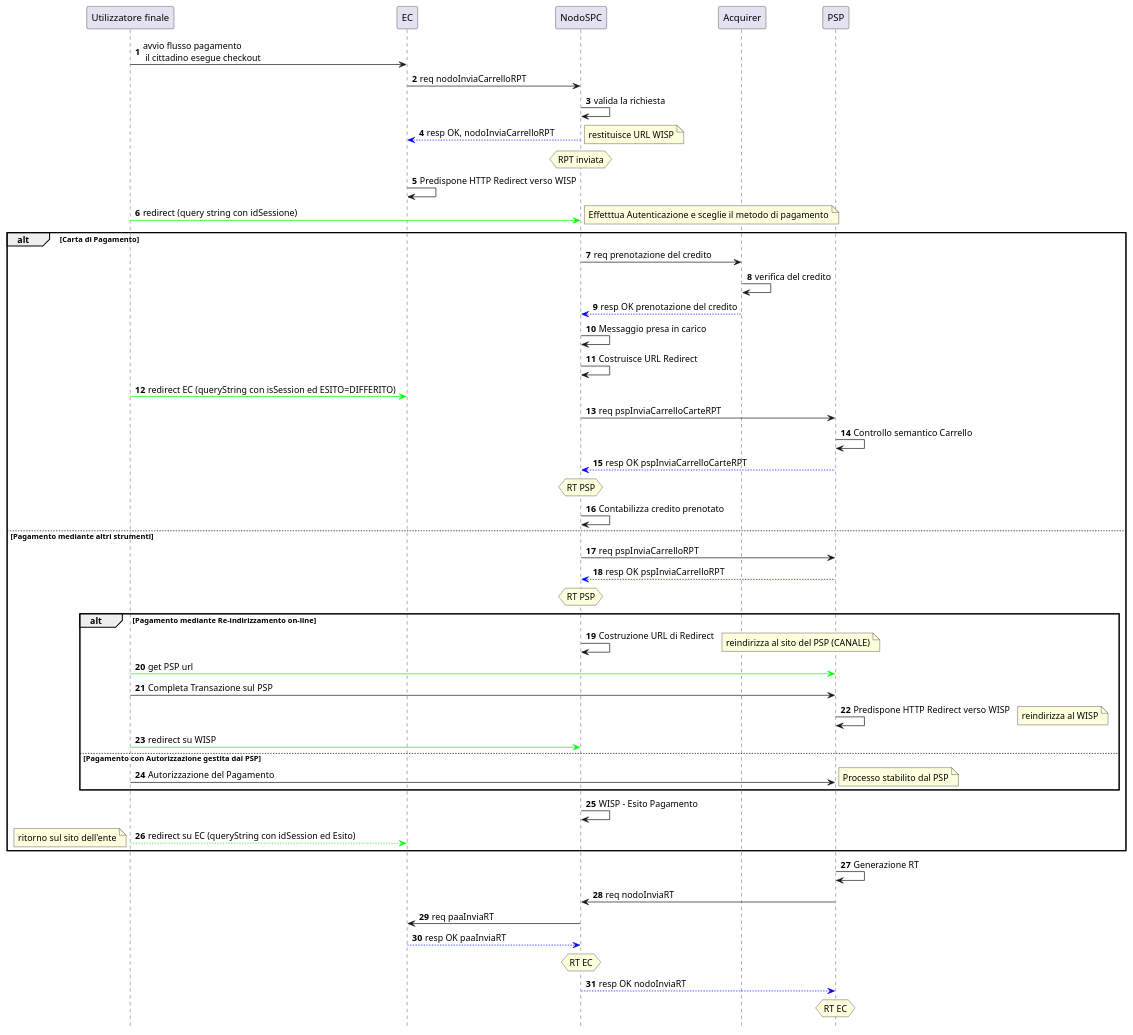
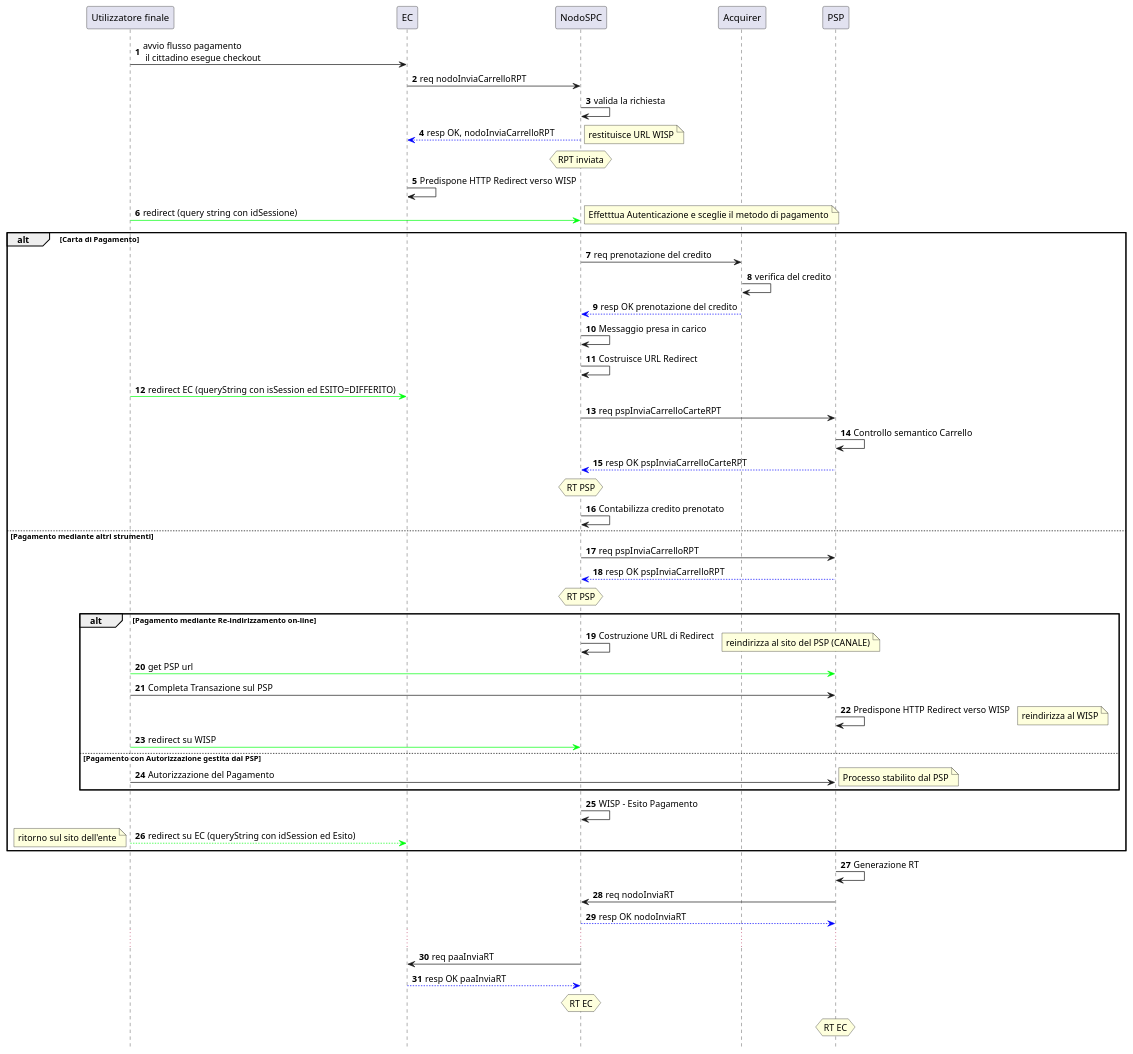
One commit to pagopa-archive/pagopa-specifichepagamenti-docs changed the diagram in puml-diagrams/sd_pagamento_presso_ec.puml. Above: the diagram before and after it, drawn with PlantUML. The commit also changed 120 other files, not shown here.

```diff
--- a/puml-diagrams/sd_pagamento_presso_ec.puml
+++ b/puml-diagrams/sd_pagamento_presso_ec.puml
@@ -1,79 +1,81 @@
 @startuml
 hide footbox
 autonumber
 
 participant Cittadino as "Utilizzatore finale"
 participant EC
 participant NodoSPC
 participant Acquirer
 participant PSP
 
 
 Cittadino -> EC: avvio flusso pagamento\n il cittadino esegue checkout 
 EC -> NodoSPC: req nodoInviaCarrelloRPT
 
 
 NodoSPC -> NodoSPC: valida la richiesta
 
 
 NodoSPC -[#0000FF]-> EC: resp OK, nodoInviaCarrelloRPT
 hnote over NodoSPC : RPT inviata
 note right: restituisce URL WISP 
 EC->EC: Predispone HTTP Redirect verso WISP
 Cittadino [#00FF0F]-> NodoSPC: redirect (query string con idSessione)
 note right: Effetttua Autenticazione e sceglie il metodo di pagamento
 
 
 alt  Carta di Pagamento
 NodoSPC-> Acquirer : req prenotazione del credito
 Acquirer -> Acquirer : verifica del credito
 Acquirer  -[#0000FF]-> NodoSPC : resp OK prenotazione del credito
 NodoSPC ->NodoSPC: Messaggio presa in carico
 
 NodoSPC ->NodoSPC: Costruisce URL Redirect
 Cittadino [#00FF0F]-> EC: redirect EC (queryString con isSession ed ESITO=DIFFERITO)
 
 
 
 
 NodoSPC -> PSP : req pspInviaCarrelloCarteRPT
 PSP -> PSP : Controllo semantico Carrello
 
 PSP  -[#0000FF]-> NodoSPC : resp OK pspInviaCarrelloCarteRPT
 hnote over NodoSPC : RT PSP
 NodoSPC->NodoSPC: Contabilizza credito prenotato
 
 else Pagamento mediante altri strumenti
 
 
 NodoSPC -> PSP : req pspInviaCarrelloRPT 
 PSP -[#0000FF]-> NodoSPC : resp OK pspInviaCarrelloRPT
 hnote over NodoSPC : RT PSP
 alt Pagamento mediante Re-indirizzamento on-line
 NodoSPC -> NodoSPC : Costruzione URL di Redirect
 note right: reindirizza al sito del PSP (CANALE)
 Cittadino [#00FF0F]-> PSP : get PSP url
 Cittadino -> PSP: Completa Transazione sul PSP
 PSP->PSP: Predispone HTTP Redirect verso WISP
 note right: reindirizza al WISP
 Cittadino [#00FF0F]-> NodoSPC : redirect su WISP
 
 else Pagamento con Autorizzazione gestita dal PSP
 Cittadino -> PSP: Autorizzazione del Pagamento
 note right: Processo stabilito dal PSP
 end
 
 
 NodoSPC -> NodoSPC: WISP - Esito Pagamento
 
 Cittadino-[#00FF0F]->EC : redirect su EC (queryString con idSession ed Esito)
 note left: ritorno sul sito dell'ente
 end
 PSP-> PSP: Generazione RT
 PSP -> NodoSPC: req nodoInviaRT
+NodoSPC  -[#0000FF]-> PSP : resp OK nodoInviaRT
+...
 NodoSPC -> EC : req paaInviaRT
 EC -[#0000FF]-> NodoSPC : resp OK paaInviaRT
 hnote over NodoSPC : RT EC
-NodoSPC  -[#0000FF]-> PSP : resp OK nodoInviaRT
+
 hnote over PSP : RT EC
 @enduml
```
